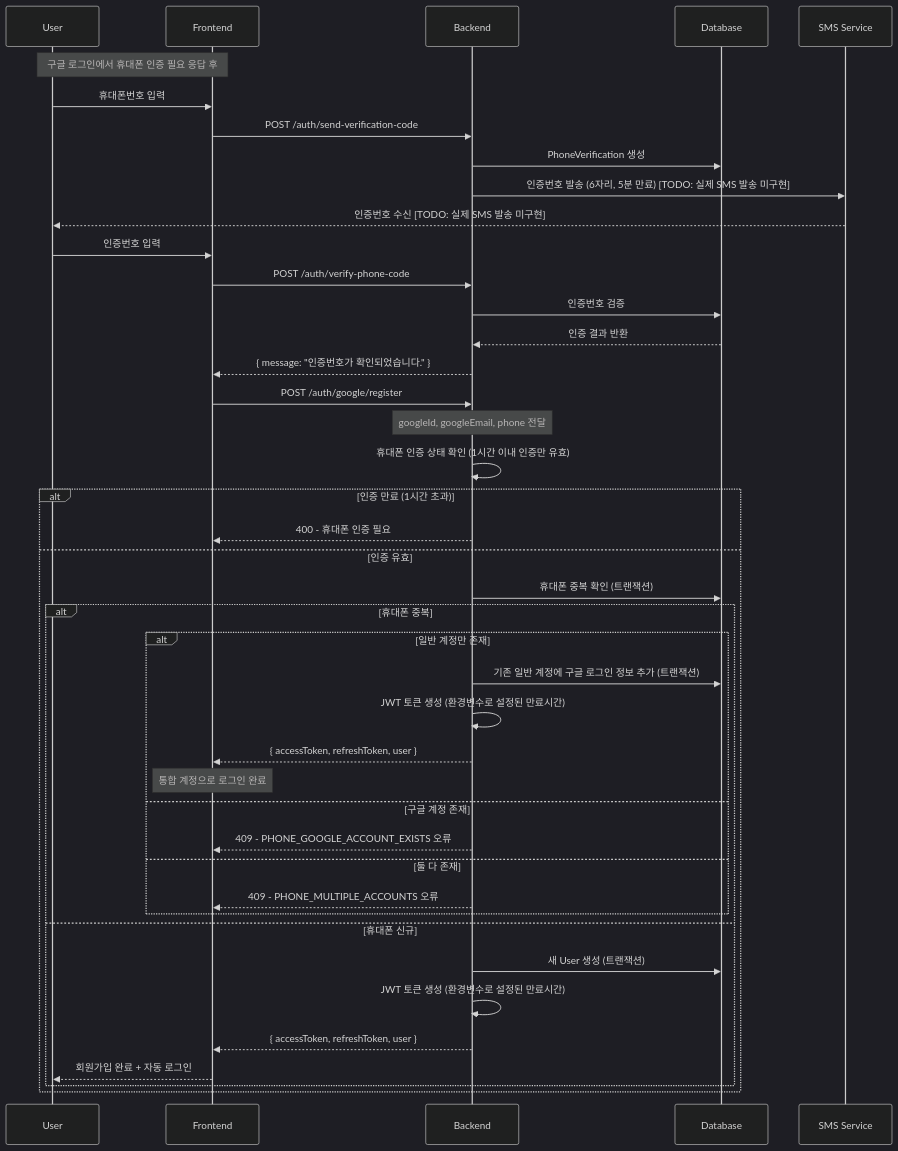
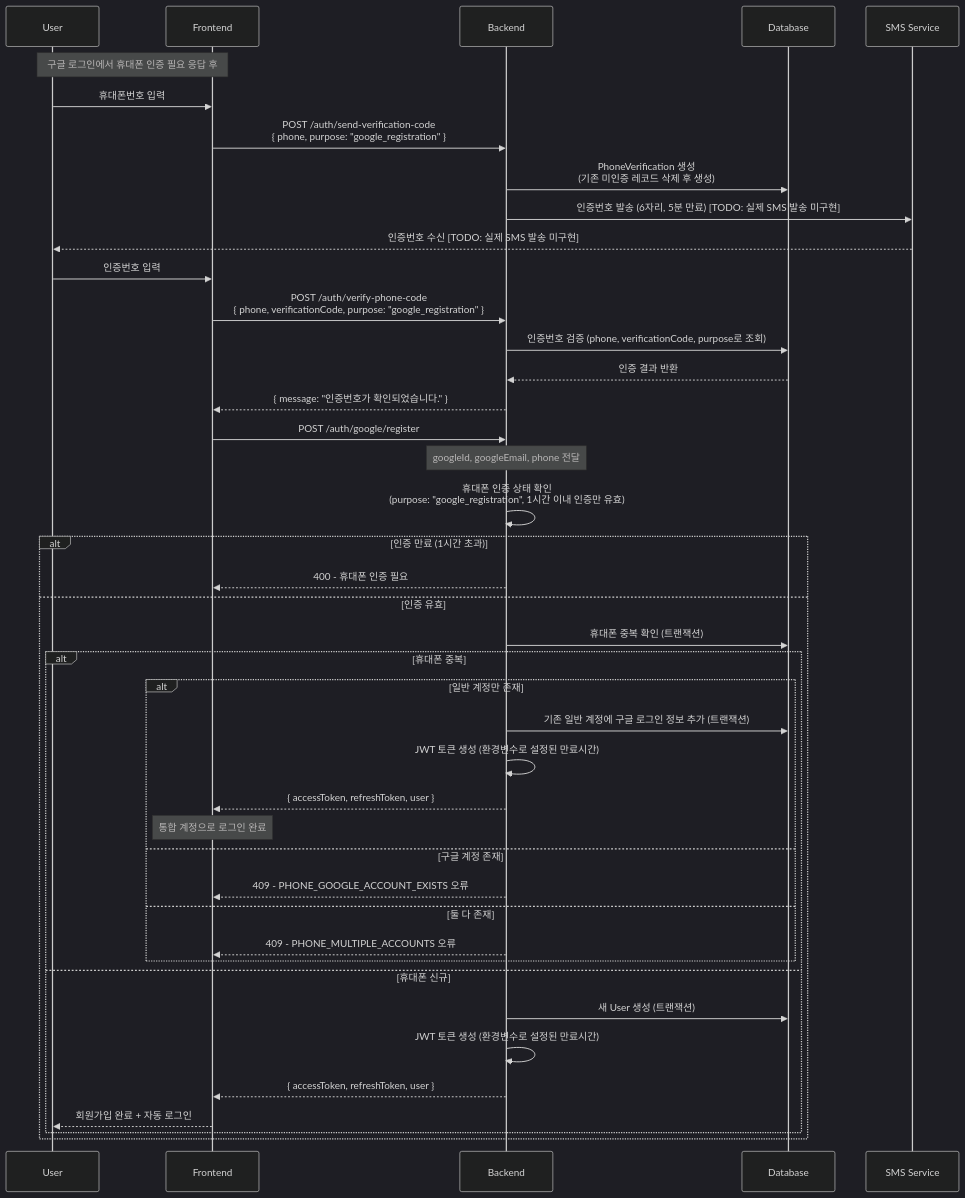
The fourth of 9 diagrams in docs/common/feature/통합 인증 - 가이드.md (picake-team/picake-engineering-backend), drawn with Mermaid (dark theme) before and after one commit. The commit also changed other lines of this file and 13 other files, not shown here.

````diff
--- a/docs/common/feature/통합 인증 - 가이드.md
+++ b/docs/common/feature/통합 인증 - 가이드.md
@@ -145,48 +145,48 @@
 ```mermaid
 sequenceDiagram
     participant U as User
     participant F as Frontend
     participant B as Backend
     participant DB as Database
     participant SMS as SMS Service
 
     Note over U,F: 구글 로그인에서 휴대폰 인증 필요 응답 후
 
     U->>F: 휴대폰번호 입력
-    F->>B: POST /auth/send-verification-code
-    B->>DB: PhoneVerification 생성
+    F->>B: POST /auth/send-verification-code<br/>{ phone, purpose: "google_registration" }
+    B->>DB: PhoneVerification 생성<br/>(기존 미인증 레코드 삭제 후 생성)
     B->>SMS: 인증번호 발송 (6자리, 5분 만료) [TODO: 실제 SMS 발송 미구현]
     SMS-->>U: 인증번호 수신 [TODO: 실제 SMS 발송 미구현]
 
     U->>F: 인증번호 입력
-    F->>B: POST /auth/verify-phone-code
-    B->>DB: 인증번호 검증
+    F->>B: POST /auth/verify-phone-code<br/>{ phone, verificationCode, purpose: "google_registration" }
+    B->>DB: 인증번호 검증 (phone, verificationCode, purpose로 조회)
     DB-->>B: 인증 결과 반환
     B-->>F: { message: "인증번호가 확인되었습니다." }
 
     F->>B: POST /auth/google/register
     Note over B: googleId, googleEmail, phone 전달
-    B->>B: 휴대폰 인증 상태 확인 (1시간 이내 인증만 유효)
+    B->>B: 휴대폰 인증 상태 확인<br/>(purpose: "google_registration", 1시간 이내 인증만 유효)
     alt 인증 만료 (1시간 초과)
         B-->>F: 400 - 휴대폰 인증 필요
     else 인증 유효
         B->>DB: 휴대폰 중복 확인 (트랜잭션)
         alt 휴대폰 중복
             alt 일반 계정만 존재
                 B->>DB: 기존 일반 계정에 구글 로그인 정보 추가 (트랜잭션)
                 B->>B: JWT 토큰 생성 (환경변수로 설정된 만료시간)
                 B-->>F: { accessToken, refreshToken, user }
                 Note over F: 통합 계정으로 로그인 완료
             else 구글 계정 존재
                 B-->>F: 409 - PHONE_GOOGLE_ACCOUNT_EXISTS 오류
             else 둘 다 존재
                 B-->>F: 409 - PHONE_MULTIPLE_ACCOUNTS 오류
             end
         else 휴대폰 신규
             B->>DB: 새 User 생성 (트랜잭션)
             B->>B: JWT 토큰 생성 (환경변수로 설정된 만료시간)
             B-->>F: { accessToken, refreshToken, user }
             F-->>U: 회원가입 완료 + 자동 로그인
         end
     end
 ```
````
